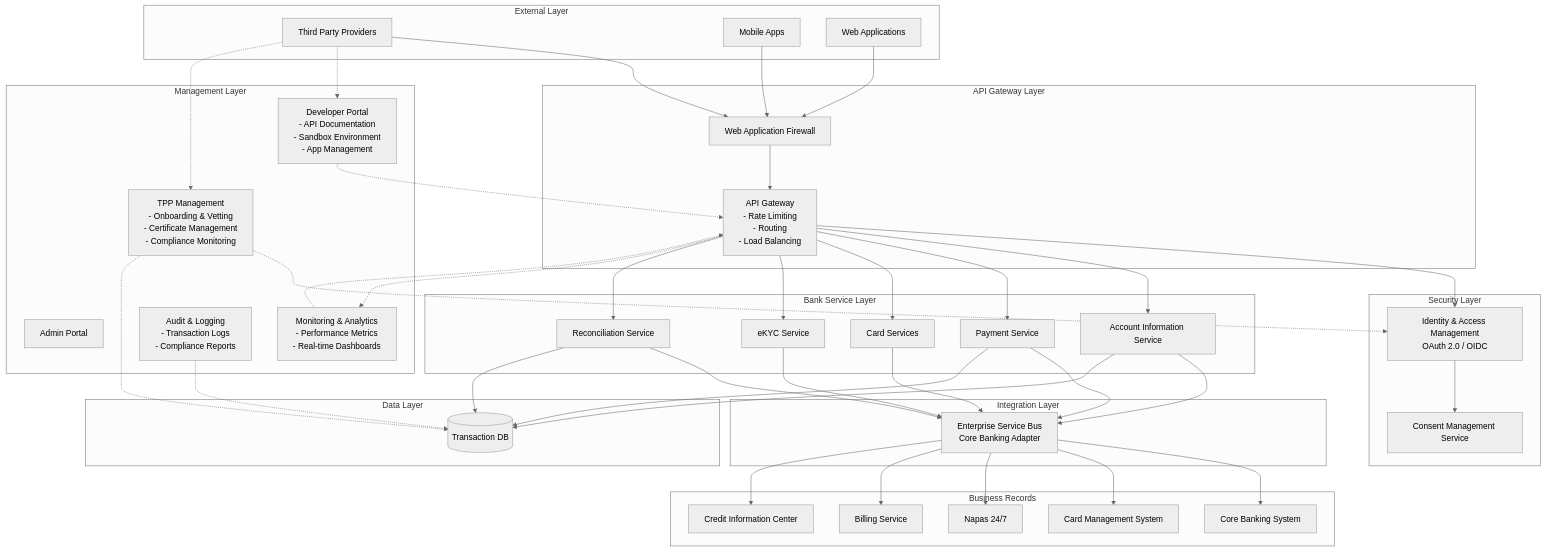
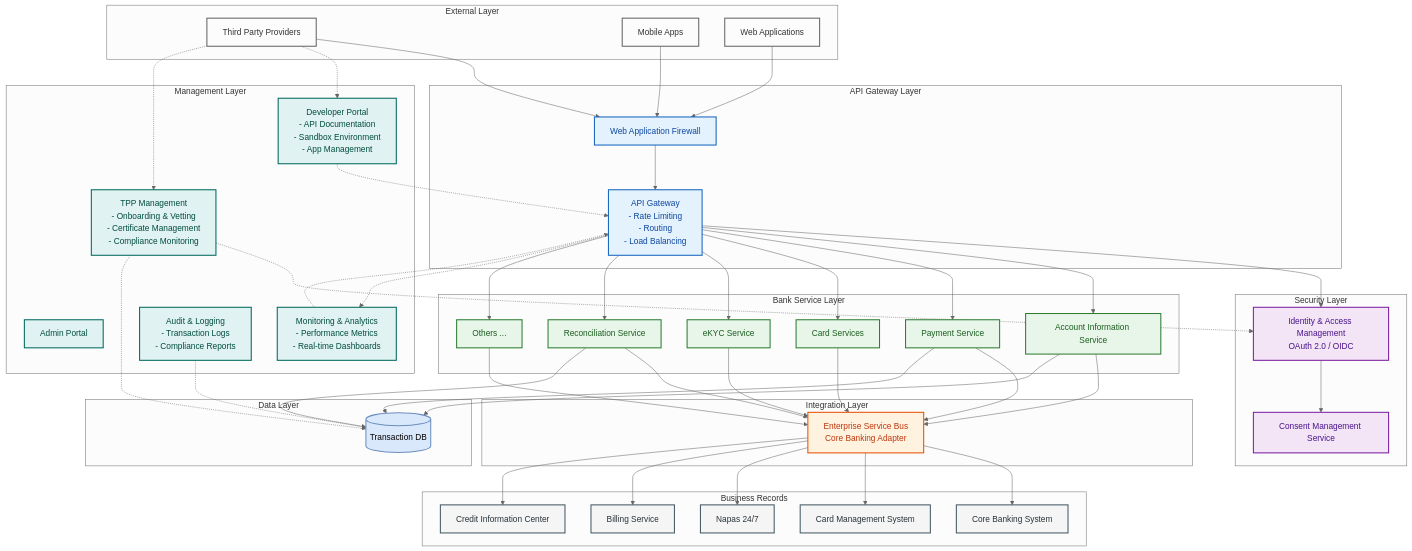
Before and after one commit to huuhoait/openbanking-vn-specs: the first of 2 diagrams in 01-Kien-truc-he-thong.md, drawn with Mermaid (neutral theme).

````diff
--- a/01-Kien-truc-he-thong.md
+++ b/01-Kien-truc-he-thong.md
@@ -10,51 +10,62 @@
 ```mermaid
 graph TB
+    %% Define Styles
+    classDef external fill:#fcfcfc,stroke:#666,stroke-width:2px,color:#333;
+    classDef gateway fill:#e3f2fd,stroke:#1565c0,stroke-width:2px,color:#0d47a1;
+    classDef security fill:#f3e5f5,stroke:#7b1fa2,stroke-width:2px,color:#4a148c;
+    classDef service fill:#e8f5e9,stroke:#2e7d32,stroke-width:2px,color:#1b5e20;
+    classDef integration fill:#fff3e0,stroke:#e65100,stroke-width:2px,color:#bf360c;
+    classDef business fill:#f5f5f5,stroke:#455a64,stroke-width:2px,color:#263238;
+    classDef data fill:#dae8fc,stroke:#6c8ebf,stroke-width:2px,color:#000;
+    classDef management fill:#e0f2f1,stroke:#00695c,stroke-width:2px,color:#004d40;
+
     subgraph "External Layer"
-        TPP[Third Party Providers]
-        Mobile[Mobile Apps]
-        Web[Web Applications]
+        TPP[Third Party Providers]:::external
+        Mobile[Mobile Apps]:::external
+        Web[Web Applications]:::external
     end
     
     subgraph "API Gateway Layer"
-        APIGW[API Gateway<br/>- Rate Limiting<br/>- Routing<br/>- Load Balancing]
-        WAF[Web Application Firewall]
+        APIGW[API Gateway<br/>- Rate Limiting<br/>- Routing<br/>- Load Balancing]:::gateway
+        WAF[Web Application Firewall]:::gateway
     end
     
     subgraph "Security Layer"
-        IAM[Identity & Access Management<br/>OAuth 2.0 / OIDC]
-        Consent[Consent Management Service]
+        IAM[Identity & Access Management<br/>OAuth 2.0 / OIDC]:::security
+        Consent[Consent Management Service]:::security
     end
     
     subgraph "Bank Service Layer"
-        AIS[Account Information Service]
-        PIS[Payment Service]
-        CardSvc[Card Services]
-        eKYC[eKYC Service]
-        Recon[Reconciliation Service]
+        AIS[Account Information Service]:::service
+        PIS[Payment Service]:::service
+        CardSvc[Card Services]:::service
+        eKYC[eKYC Service]:::service
+        Recon[Reconciliation Service]:::service
+        OtherSvc[Others ...]:::service
     end
     
     subgraph "Integration Layer"
-        ESB[Enterprise Service Bus<br/>Core Banking Adapter]
+        ESB[Enterprise Service Bus<br/>Core Banking Adapter]:::integration
     end
     
     subgraph "Business Records"
-        CoreBank[Core Banking System]
-        CardSystem[Card Management System]
-        CIC[Credit Information Center]
-        Napas[Napas 24/7]
-        BillingSvc[Billing Service]
+        CoreBank[Core Banking System]:::business
+        CardSystem[Card Management System]:::business
+        CIC[Credit Information Center]:::business
+        Napas[Napas 24/7]:::business
+        BillingSvc[Billing Service]:::business
     end
     
     subgraph "Data Layer"
-        DB[(Transaction DB)]
+        DB[(Transaction DB)]:::data
     end
     
     subgraph "Management Layer"
-        DevPortal[Developer Portal<br/>- API Documentation<br/>- Sandbox Environment<br/>- App Management]
-        TPPMgmt[TPP Management<br/>- Onboarding & Vetting<br/>- Certificate Management<br/>- Compliance Monitoring]
-        AdminPortal[Admin Portal]
-        Monitor[Monitoring & Analytics<br/>- Performance Metrics<br/>- Real-time Dashboards]
-        Audit[Audit & Logging<br/>- Transaction Logs<br/>- Compliance Reports]
+        DevPortal[Developer Portal<br/>- API Documentation<br/>- Sandbox Environment<br/>- App Management]:::management
+        TPPMgmt[TPP Management<br/>- Onboarding & Vetting<br/>- Certificate Management<br/>- Compliance Monitoring]:::management
+        AdminPortal[Admin Portal]:::management
+        Monitor[Monitoring & Analytics<br/>- Performance Metrics<br/>- Real-time Dashboards]:::management
+        Audit[Audit & Logging<br/>- Transaction Logs<br/>- Compliance Reports]:::management
     end
     
     TPP --> WAF
@@ -68,6 +79,7 @@
     APIGW --> CardSvc
     APIGW --> eKYC
     APIGW --> Recon
+    APIGW --> OtherSvc
     
     IAM --> Consent
     
@@ -76,6 +88,7 @@
     CardSvc --> ESB
     eKYC --> ESB
     Recon --> ESB
+    OtherSvc --> ESB
     
     ESB --> CoreBank
     ESB --> CardSystem
````
